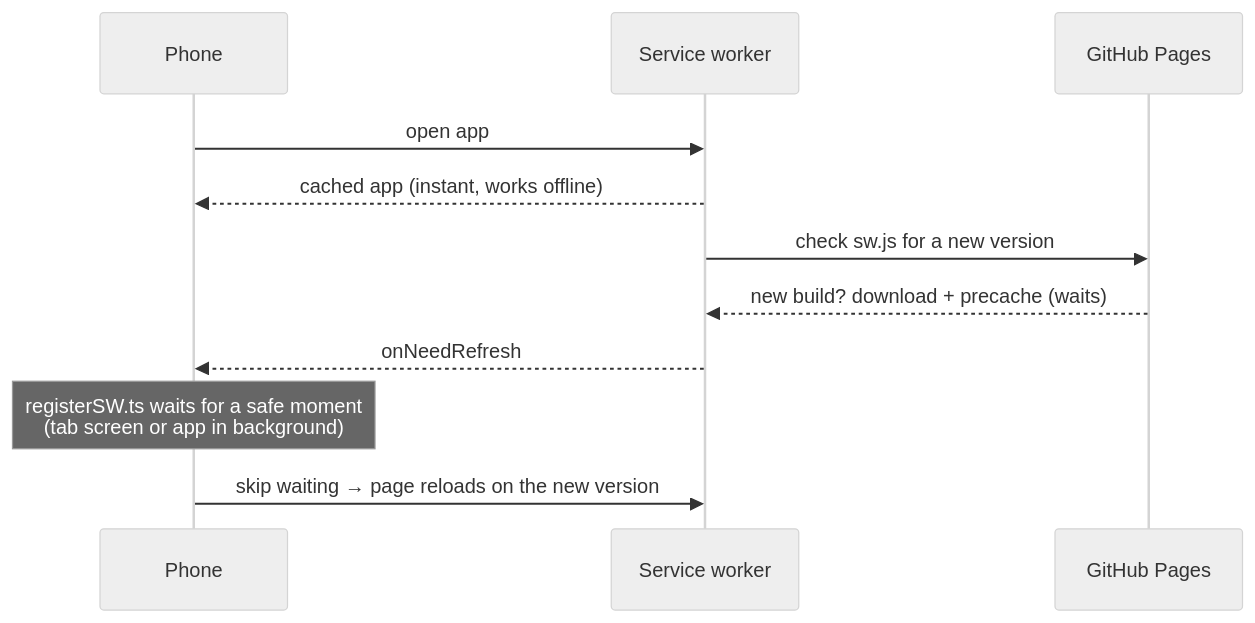
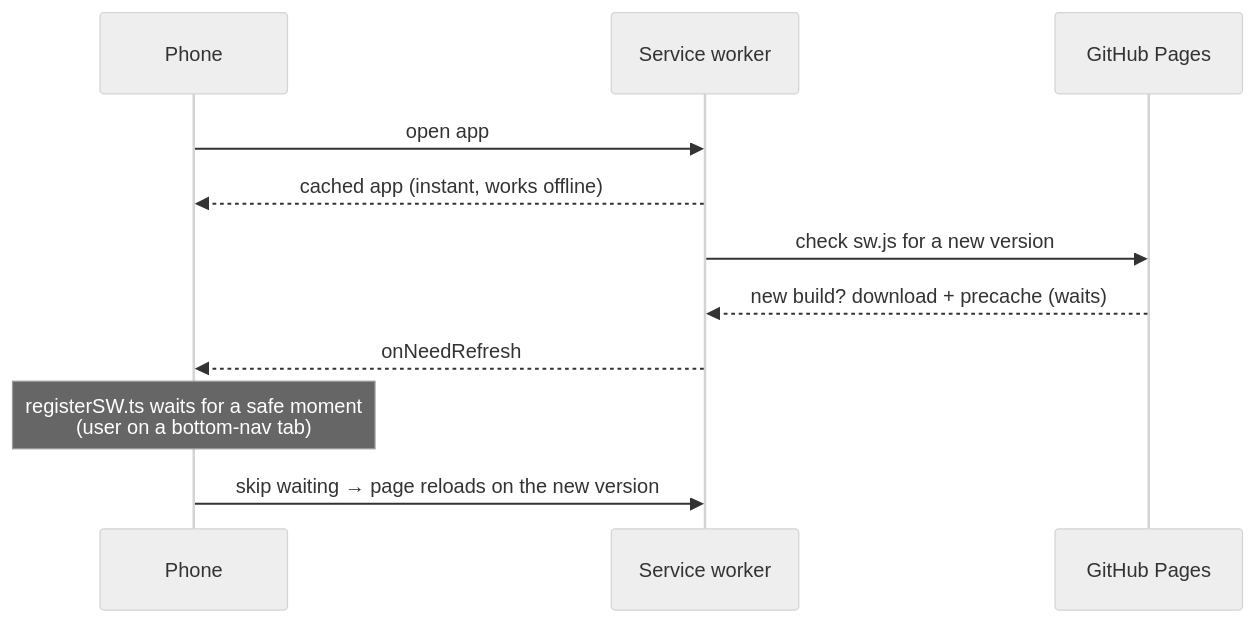
One commit to norcimo5/florida-test-webapp changed the second of 2 diagrams in docs/ARCHITECTURE.md. Above: the diagram before and after it, drawn with Mermaid (neutral theme). The commit also changed other lines of this file and 15 other files, not shown here.

````diff
--- a/docs/ARCHITECTURE.md
+++ b/docs/ARCHITECTURE.md
@@ -143,13 +143,13 @@
 ```mermaid
 sequenceDiagram
   participant P as Phone
   participant SW as Service worker
   participant GH as GitHub Pages
   P->>SW: open app
   SW-->>P: cached app (instant, works offline)
   SW->>GH: check sw.js for a new version
   GH-->>SW: new build? download + precache (waits)
   SW-->>P: onNeedRefresh
-  Note over P: registerSW.ts waits for a safe moment<br/>(tab screen or app in background)
+  Note over P: registerSW.ts waits for a safe moment<br/>(user on a bottom-nav tab)
   P->>SW: skip waiting → page reloads on the new version
 ```
````
